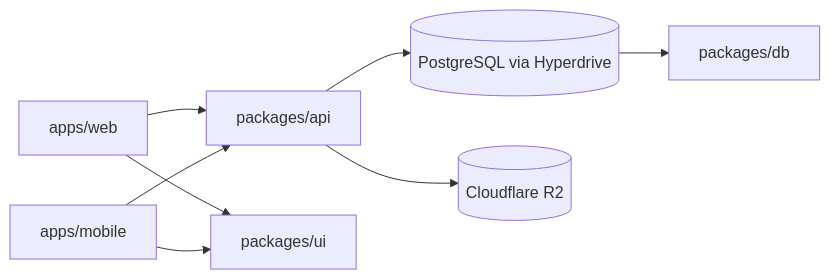
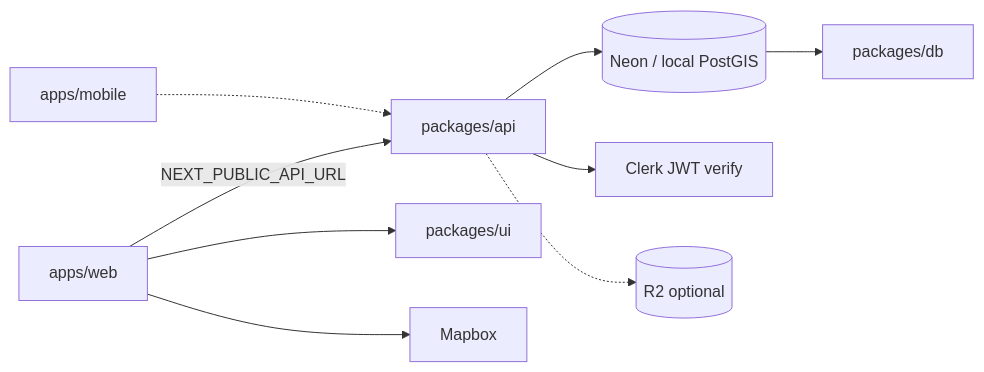
The diagram in docs/architecture.md (alexandrelheinen/freshy), drawn with Mermaid before and after one commit. The commit also changed other lines of this file and 7 other files, not shown here.

````diff
--- a/docs/architecture.md
+++ b/docs/architecture.md
@@ -59,10 +65,11 @@
 ```mermaid
 flowchart LR
-    Web[apps/web] --> API[packages/api]
-    Mobile[apps/mobile] --> API
-    API --> DB[(PostgreSQL via Hyperdrive)]
-    API --> R2[(Cloudflare R2)]
+    Web[apps/web] -->|NEXT_PUBLIC_API_URL| API[packages/api]
+    Mobile[apps/mobile] -.-> API
+    API --> DB[(Neon / local PostGIS)]
+    API --> Clerk[Clerk JWT verify]
+    API -.-> R2[(R2 optional)]
     Web --> UI[packages/ui]
-    Mobile --> UI
+    Web --> Mapbox[Mapbox]
     DB --> Prisma[packages/db]
 ```
````
